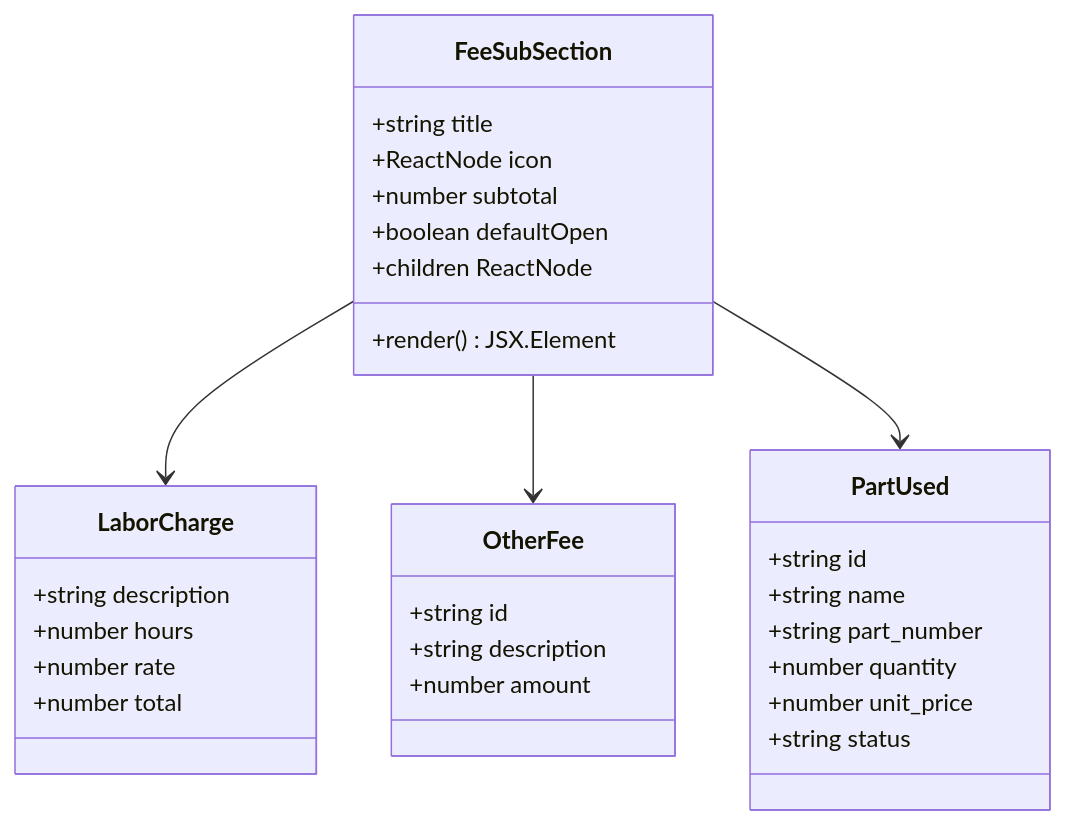
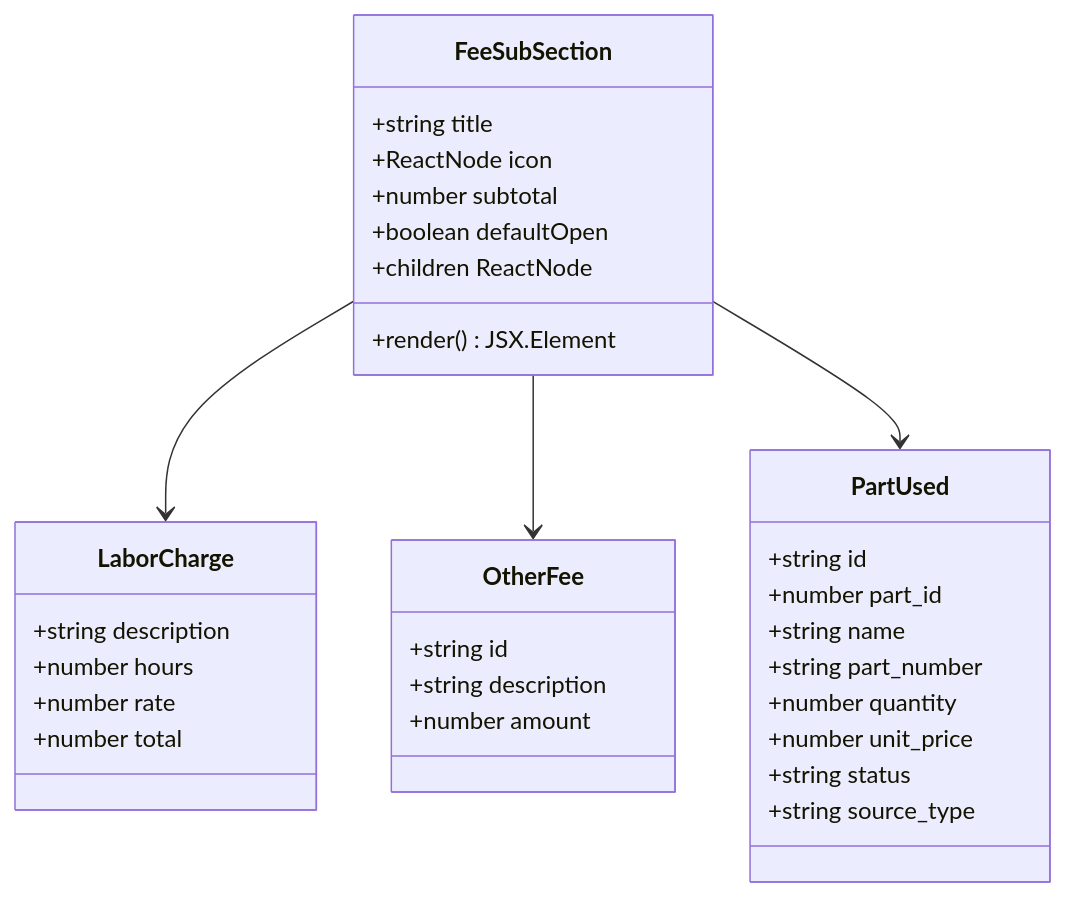
Diagram 26 of 45 in .qoder/repowiki/zh/content/Repair Report Editor Component.md (CubeEdge/Longhorn), drawn with Mermaid before and after one commit. The commit also changed other lines of this file and 28 other files, not shown here.

````diff
--- a/.qoder/repowiki/zh/content/Repair Report Editor Component.md
+++ b/.qoder/repowiki/zh/content/Repair Report Editor Component.md
@@ -839,33 +960,35 @@
 ```mermaid
 classDiagram
 class FeeSubSection {
 +string title
 +ReactNode icon
 +number subtotal
 +boolean defaultOpen
 +children ReactNode
 +render() JSX.Element
 }
 class LaborCharge {
 +string description
 +number hours
 +number rate
 +number total
 }
 class OtherFee {
 +string id
 +string description
 +number amount
 }
 class PartUsed {
 +string id
++number part_id
 +string name
 +string part_number
 +number quantity
 +number unit_price
 +string status
++string source_type
 }
 FeeSubSection --> LaborCharge
 FeeSubSection --> OtherFee
 FeeSubSection --> PartUsed
 ```
````
